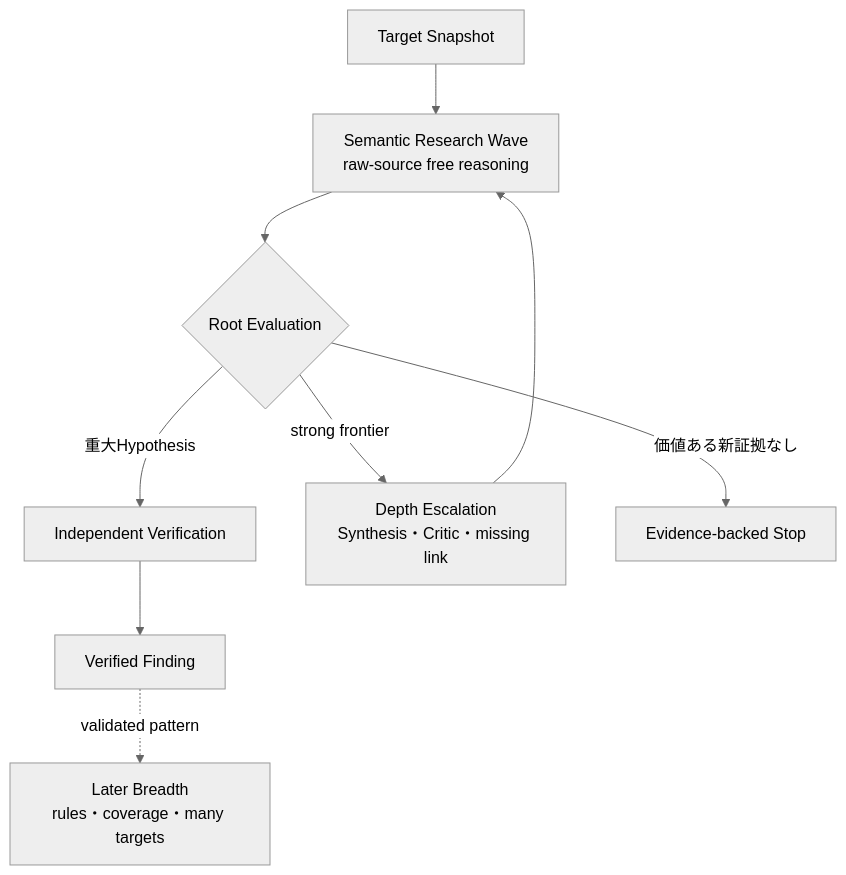
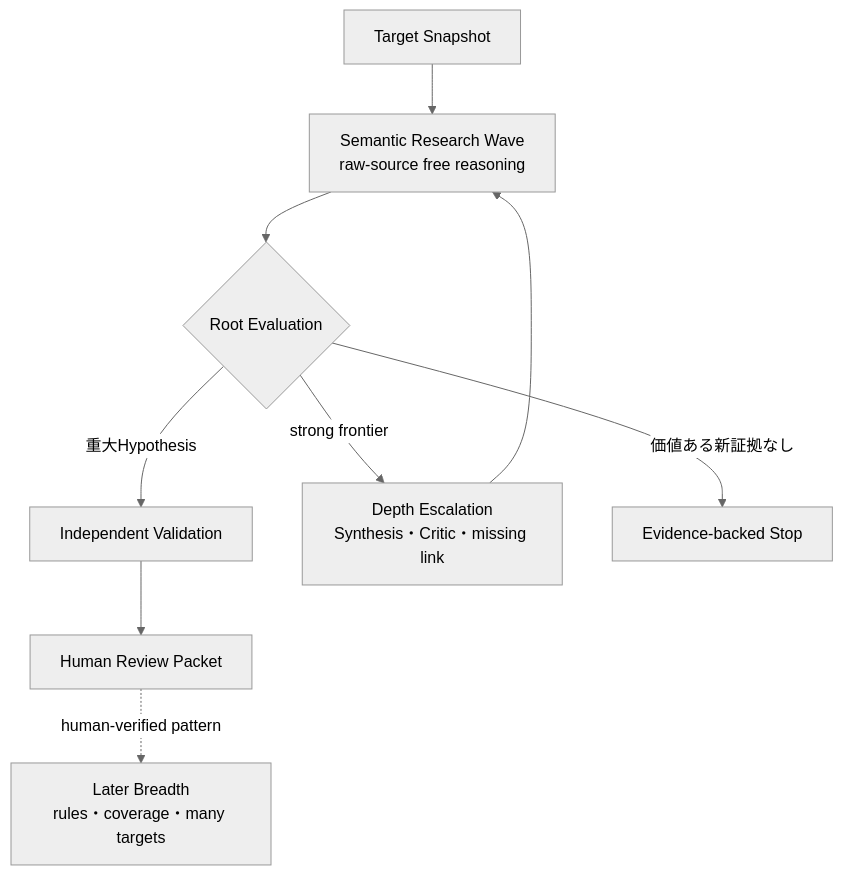
Before and after one commit to momoponwork1415-lgtm/wordpress-harness: the diagram in docs/design/research-design-principles.md, drawn with Mermaid (neutral theme). The commit also changed other lines of this file and 25 other files, not shown here.

Commit message:
Define source validation and human verification

````diff
--- a/docs/design/research-design-principles.md
+++ b/docs/design/research-design-principles.md
@@ -59,17 +59,17 @@
 ```mermaid
 flowchart TB
     target["Target Snapshot"]
     semantic["Semantic Research Wave<br/>raw-source free reasoning"]
     decision{"Root Evaluation"}
-    verify["Independent Verification"]
+    validate["Independent Validation"]
     depth["Depth Escalation<br/>Synthesis・Critic・missing link"]
     stop["Evidence-backed Stop"]
-    finding["Verified Finding"]
+    packet["Human Review Packet"]
     breadth["Later Breadth<br/>rules・coverage・many targets"]
 
     target --> semantic --> decision
-    decision -->|"重大Hypothesis"| verify --> finding
+    decision -->|"重大Hypothesis"| validate --> packet
     decision -->|"strong frontier"| depth --> semantic
     decision -->|"価値ある新証拠なし"| stop
-    finding -. "validated pattern" .-> breadth
+    packet -. "human-verified pattern" .-> breadth
 ```
````
